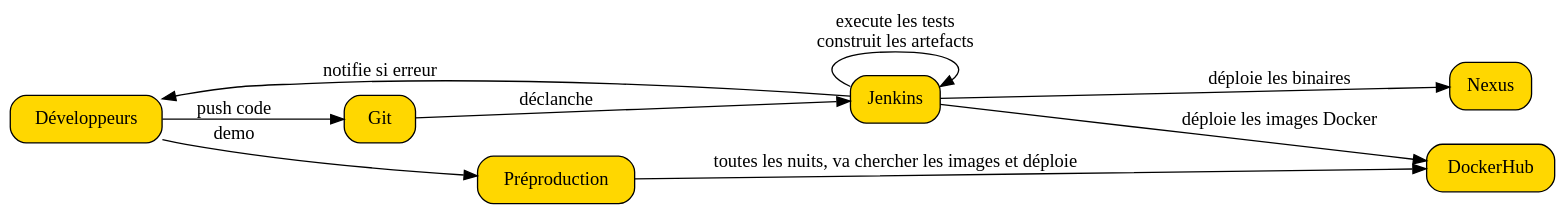
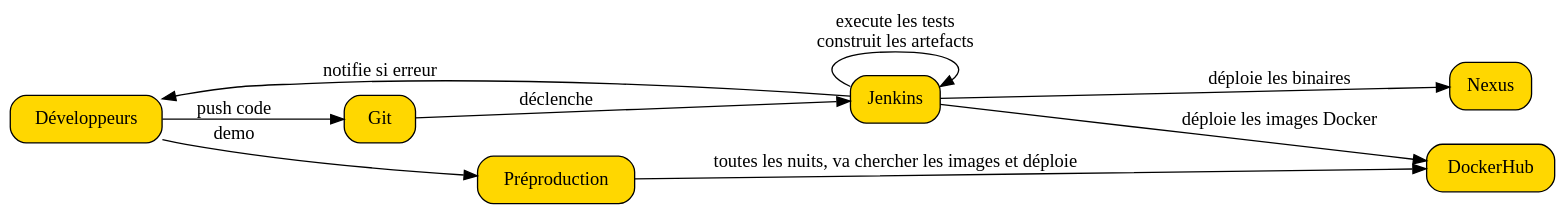
One commit to nherbaut/containers_microservices_factory_poster changed the diagram in images/workflow.dot. Above: the diagram before and after it, drawn with Graphviz. The commit also changed 6 other files, not shown here.

```diff
--- a/images/workflow.dot
+++ b/images/workflow.dot
@@ -1,25 +1,25 @@
 digraph{
  rankdir=LR;
 dev [shape="box",style="rounded,filled", fillcolor="gold", label="Développeurs", fontsize="14"];
 git [shape="box",style="rounded,filled", fillcolor="gold", label="Git", fontsize="14"];
 jenkins [shape="box",style="rounded,filled", fillcolor="gold", label="Jenkins", fontsize="14"];
 nexus [shape="box",style="rounded,filled", fillcolor="gold", label="Nexus", fontsize="14"];
 dockerhub [shape="box",style="rounded,filled", fillcolor="gold", label="DockerHub", fontsize="14"];
 preprod [shape="box",style="rounded,filled", fillcolor="gold", label="Préproduction", fontsize="14"];
 
 dev->git [label="push code"];
-git -> jenkins [label="déclanche"];
+git -> jenkins [label="déclenche"];
 jenkins->dev [label="notifie si erreur"];
 jenkins -> jenkins [label="execute les tests\nconstruit les artefacts"];
 
 jenkins -> nexus [label="déploie les binaires"];
 jenkins -> dockerhub [label="déploie les images Docker"];
 preprod->dockerhub [label="toutes les nuits, va chercher les images et déploie"];
 dev->preprod [label="demo"];
 bgcolor=transparent;	
 margin=0;
 
 
 
 
 }
```
